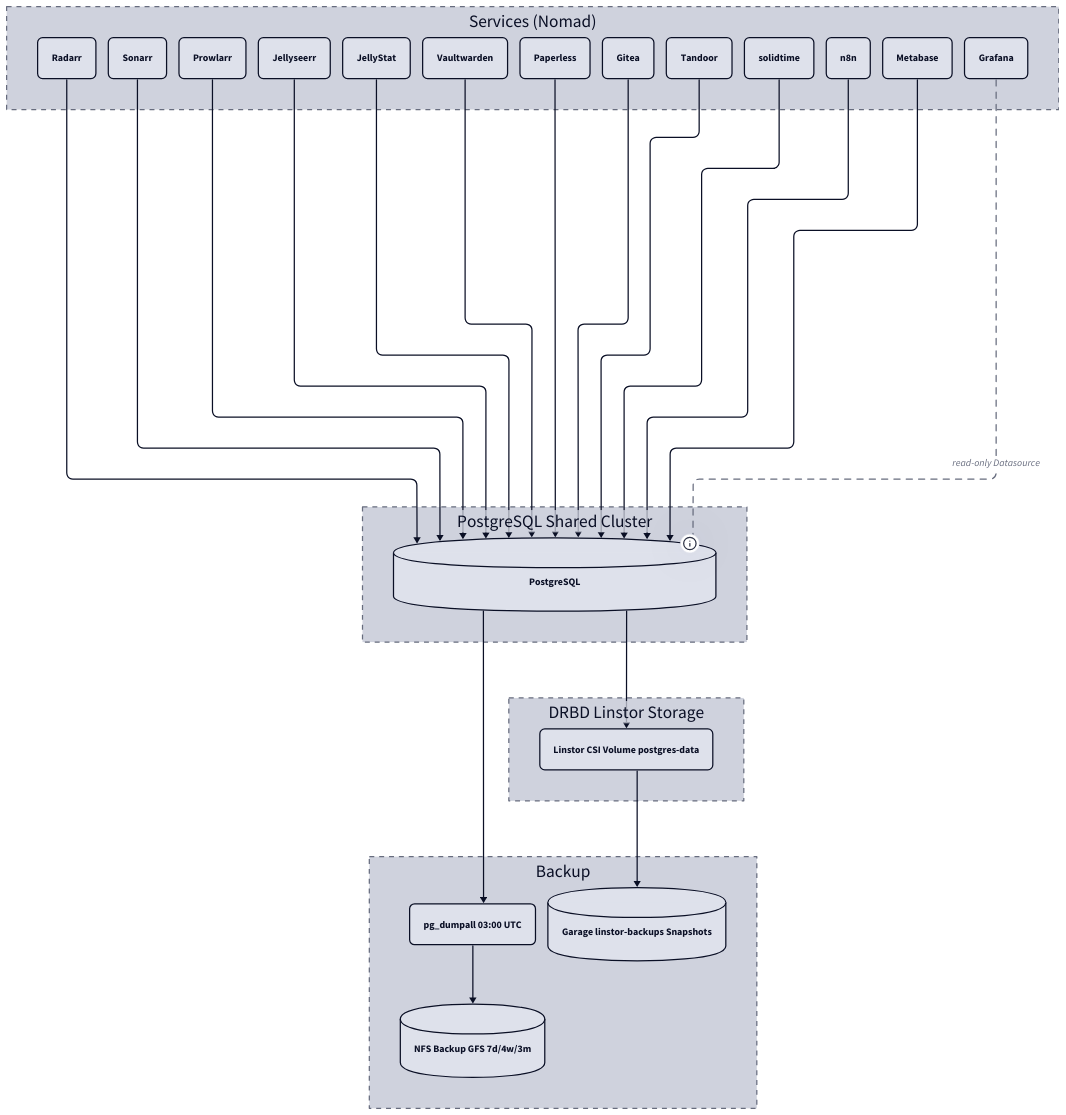
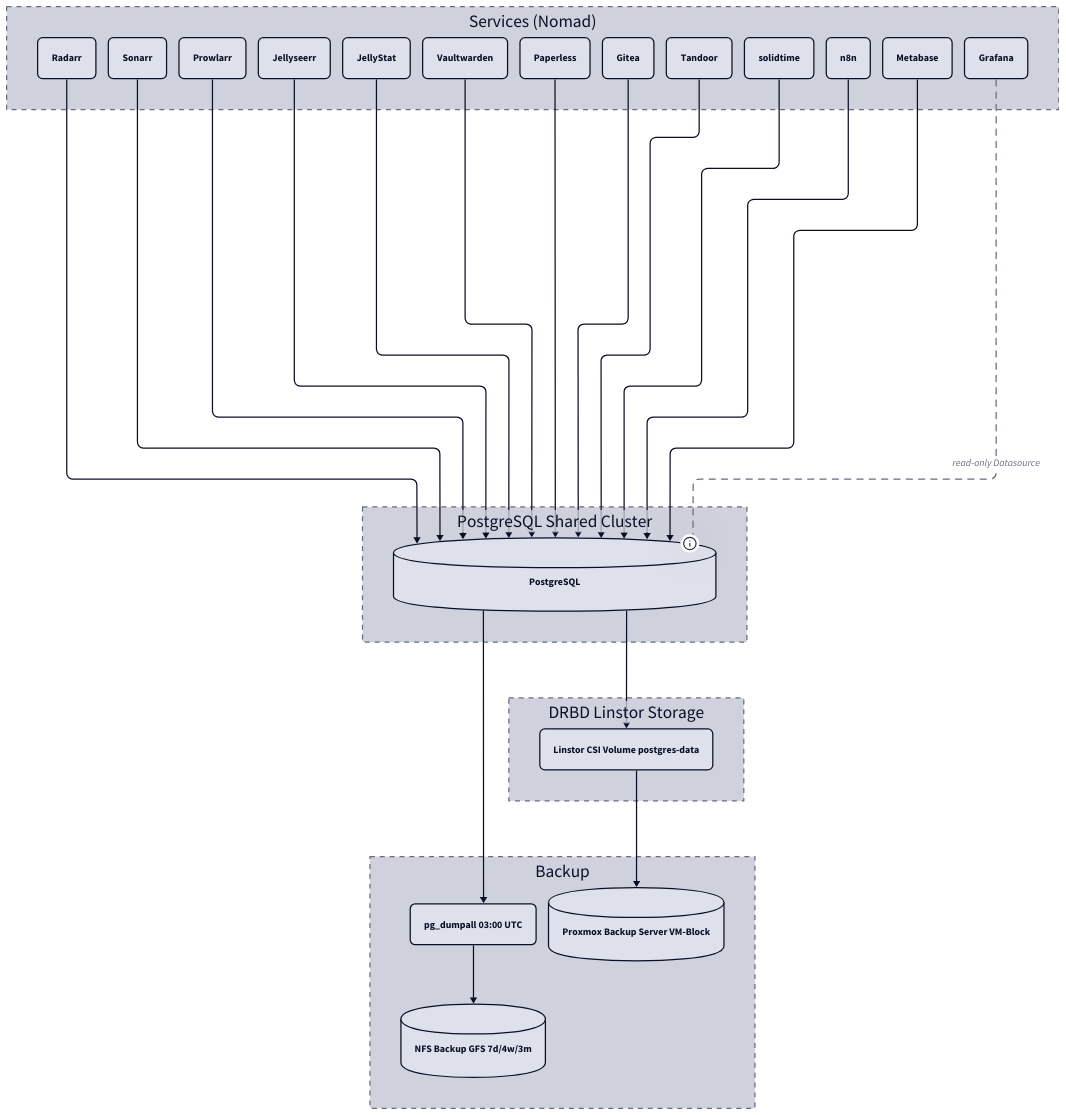
The first of 2 diagrams in docs/_querschnitt/datenbank-architektur.md (derever-labs/homelab-wiki), drawn with D2 before and after one commit. The commit also changed other lines of this file and 3 other files, not shown here.

````diff
--- a/docs/_querschnitt/datenbank-architektur.md
+++ b/docs/_querschnitt/datenbank-architektur.md
@@ -27,66 +27,66 @@
 ```d2
 direction: down
 vars: {
   d2-config: {
     theme-id: 1
     layout-engine: elk
   }
 }
 
 Services: Services (Nomad) {
   style.stroke-dash: 4
   RADAR: Radarr { style.border-radius: 8 }
   SONAR: Sonarr { style.border-radius: 8 }
   PROWL: Prowlarr { style.border-radius: 8 }
   JSEER: Jellyseerr { style.border-radius: 8 }
   JSTAT: JellyStat { style.border-radius: 8 }
   VW: Vaultwarden { style.border-radius: 8 }
   PL: Paperless { style.border-radius: 8 }
   GT: Gitea { style.border-radius: 8 }
   TD: Tandoor { style.border-radius: 8 }
   ST: solidtime { style.border-radius: 8 }
   N8N: n8n { style.border-radius: 8 }
   MB: Metabase { style.border-radius: 8 }
   GR: Grafana { style.border-radius: 8 }
 }
 
 Database: PostgreSQL Shared Cluster {
   style.stroke-dash: 4
   PG: PostgreSQL {
     shape: cylinder
     tooltip: postgres.service.consul:5432
     style.border-radius: 8
   }
 }
 
 Storage: DRBD Linstor Storage {
   style.stroke-dash: 4
   DRBD: Linstor CSI Volume postgres-data { style.border-radius: 8 }
 }
 
 Backup: Backup {
   style.stroke-dash: 4
   DUMP: pg_dumpall 03:00 UTC { style.border-radius: 8 }
   NFS: NFS Backup GFS 7d/4w/3m { shape: cylinder; style.border-radius: 8 }
-  S3: Garage linstor-backups Snapshots { shape: cylinder; style.border-radius: 8 }
+  PBS: Proxmox Backup Server VM-Block { shape: cylinder; style.border-radius: 8 }
 }
 
 Services.RADAR -> Database.PG
 Services.SONAR -> Database.PG
 Services.PROWL -> Database.PG
 Services.JSEER -> Database.PG
 Services.JSTAT -> Database.PG
 Services.VW -> Database.PG
 Services.PL -> Database.PG
 Services.GT -> Database.PG
 Services.TD -> Database.PG
 Services.ST -> Database.PG
 Services.N8N -> Database.PG
 Services.MB -> Database.PG
 Services.GR -> Database.PG: read-only Datasource { style.stroke-dash: 5 }
 
 Database.PG -> Storage.DRBD
 Database.PG -> Backup.DUMP
 Backup.DUMP -> Backup.NFS
-Storage.DRBD -> Backup.S3
+Storage.DRBD -> Backup.PBS
 ```
````
